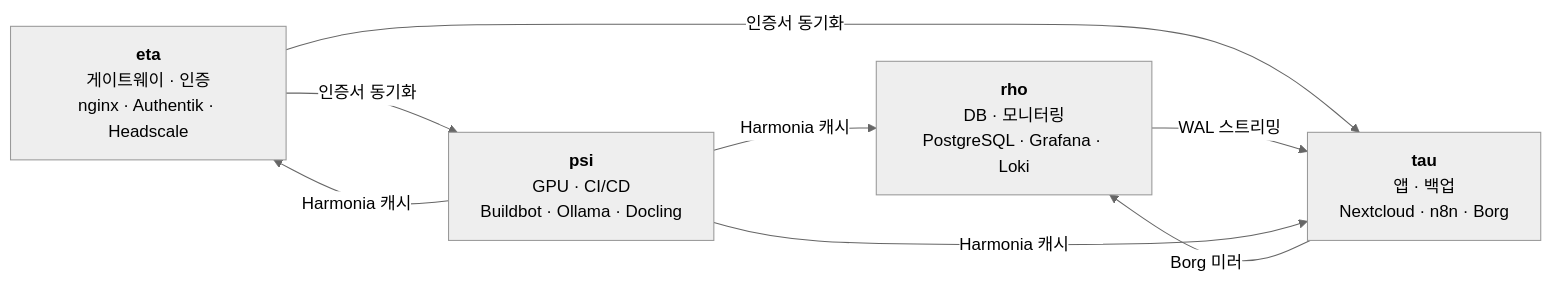
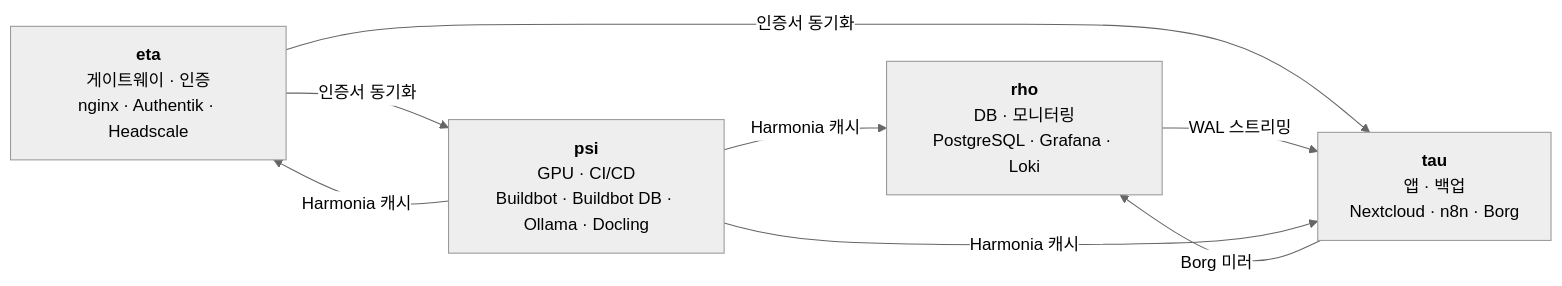
The first of 2 diagrams in docs/admin/architecture.md (SBEE-Lab/infra), drawn with Mermaid (neutral theme) before and after one commit. The commit also changed other lines of this file and 19 other files, not shown here.

First line of the commit message:
Keep Buildbot infrastructure on psi

````diff
--- a/docs/admin/architecture.md
+++ b/docs/admin/architecture.md
@@ -13,12 +13,12 @@
 ```mermaid
 graph LR
   eta["<b>eta</b><br/>게이트웨이 · 인증<br/>nginx · Authentik · Headscale"]
-  psi["<b>psi</b><br/>GPU · CI/CD<br/>Buildbot · Ollama · Docling"]
+  psi["<b>psi</b><br/>GPU · CI/CD<br/>Buildbot · Buildbot DB · Ollama · Docling"]
   rho["<b>rho</b><br/>DB · 모니터링<br/>PostgreSQL · Grafana · Loki"]
   tau["<b>tau</b><br/>앱 · 백업<br/>Nextcloud · n8n · Borg"]
 
   eta -- "인증서 동기화" --> psi & tau
   rho -- "WAL 스트리밍" --> tau
   tau -- "Borg 미러" --> rho
   psi -- "Harmonia 캐시" --> rho & tau & eta
 ```
````
